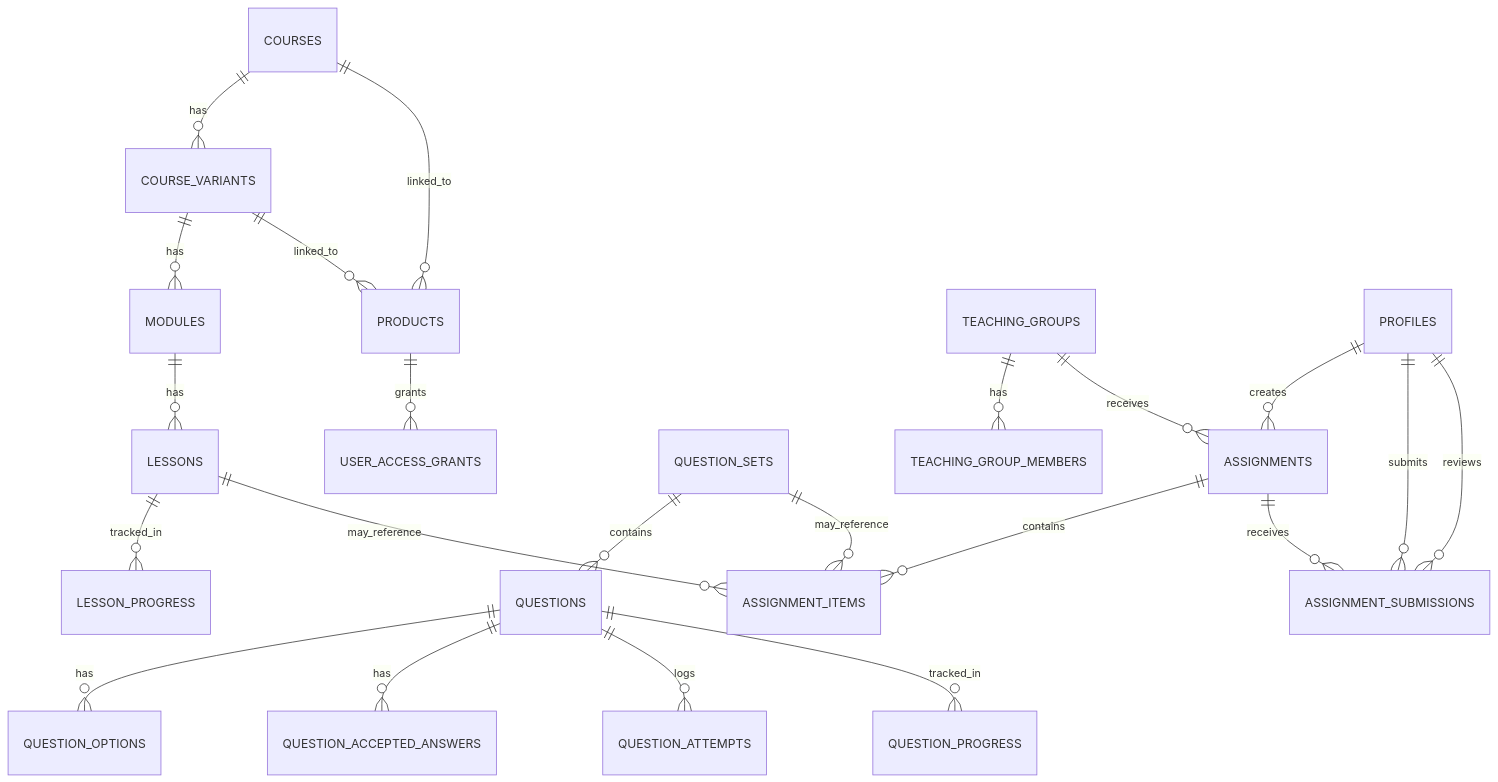
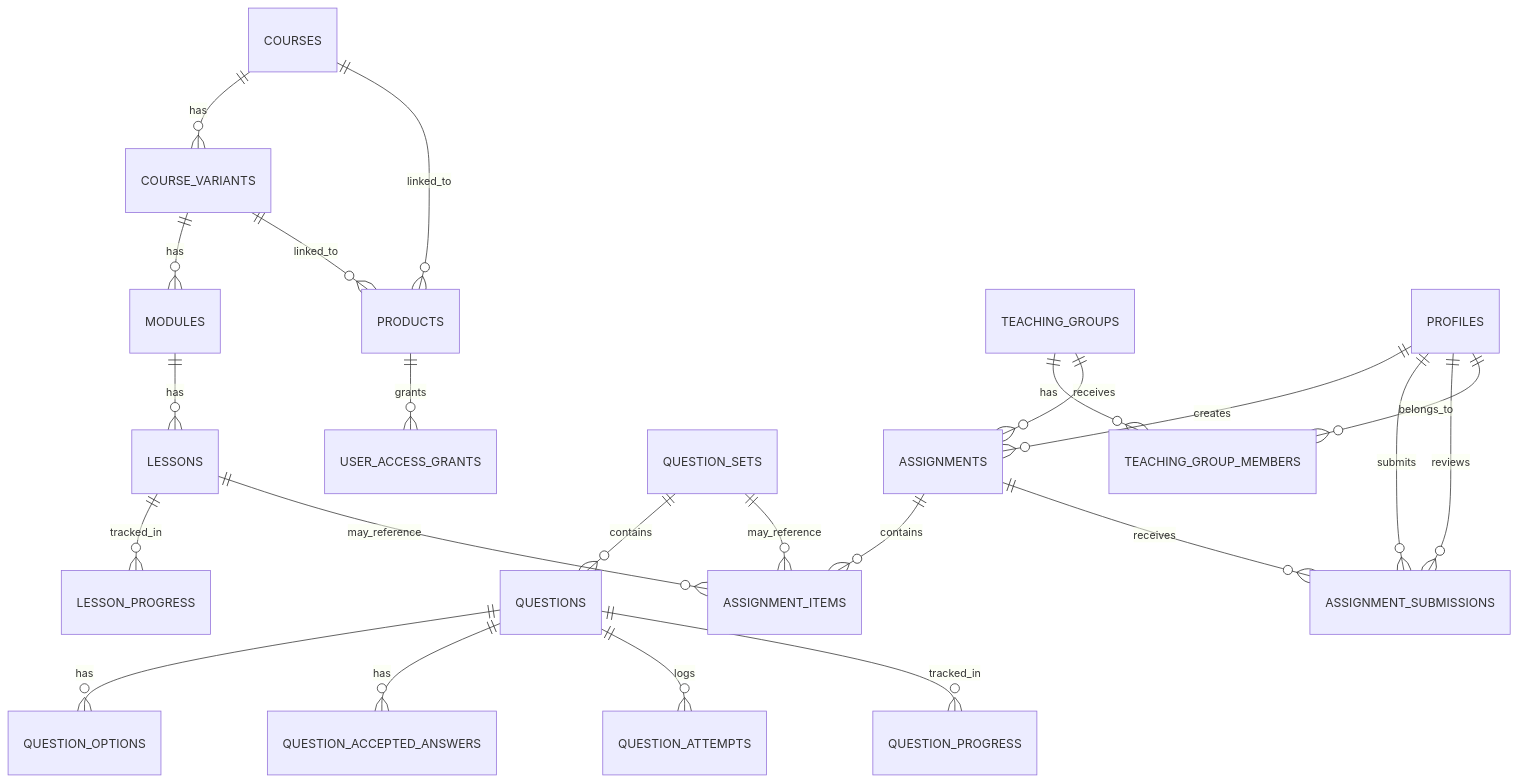
Before and after one commit to AntonV0/gcse-russian-platform: the second of 2 diagrams in docs/architecture.md, drawn with Mermaid. The commit also changed other lines of this file and 2 other files, not shown here.

Commit message:
docs(architecture): update README, architecture notes, and decisions with admin panel improvements

````diff
--- a/docs/architecture.md
+++ b/docs/architecture.md
@@ -312,32 +362,33 @@
 ```mermaid
 erDiagram
 
   COURSES ||--o{ COURSE_VARIANTS : has
   COURSE_VARIANTS ||--o{ MODULES : has
   MODULES ||--o{ LESSONS : has
 
   COURSES ||--o{ PRODUCTS : linked_to
   COURSE_VARIANTS ||--o{ PRODUCTS : linked_to
   PRODUCTS ||--o{ USER_ACCESS_GRANTS : grants
 
   QUESTION_SETS ||--o{ QUESTIONS : contains
   QUESTIONS ||--o{ QUESTION_OPTIONS : has
   QUESTIONS ||--o{ QUESTION_ACCEPTED_ANSWERS : has
   QUESTIONS ||--o{ QUESTION_ATTEMPTS : logs
   QUESTIONS ||--o{ QUESTION_PROGRESS : tracked_in
 
   LESSONS ||--o{ LESSON_PROGRESS : tracked_in
 
   TEACHING_GROUPS ||--o{ TEACHING_GROUP_MEMBERS : has
   TEACHING_GROUPS ||--o{ ASSIGNMENTS : receives
 
   ASSIGNMENTS ||--o{ ASSIGNMENT_ITEMS : contains
   ASSIGNMENTS ||--o{ ASSIGNMENT_SUBMISSIONS : receives
 
   LESSONS ||--o{ ASSIGNMENT_ITEMS : may_reference
   QUESTION_SETS ||--o{ ASSIGNMENT_ITEMS : may_reference
 
   PROFILES ||--o{ ASSIGNMENTS : creates
   PROFILES ||--o{ ASSIGNMENT_SUBMISSIONS : submits
   PROFILES ||--o{ ASSIGNMENT_SUBMISSIONS : reviews
+  PROFILES ||--o{ TEACHING_GROUP_MEMBERS : belongs_to
 ```
````
